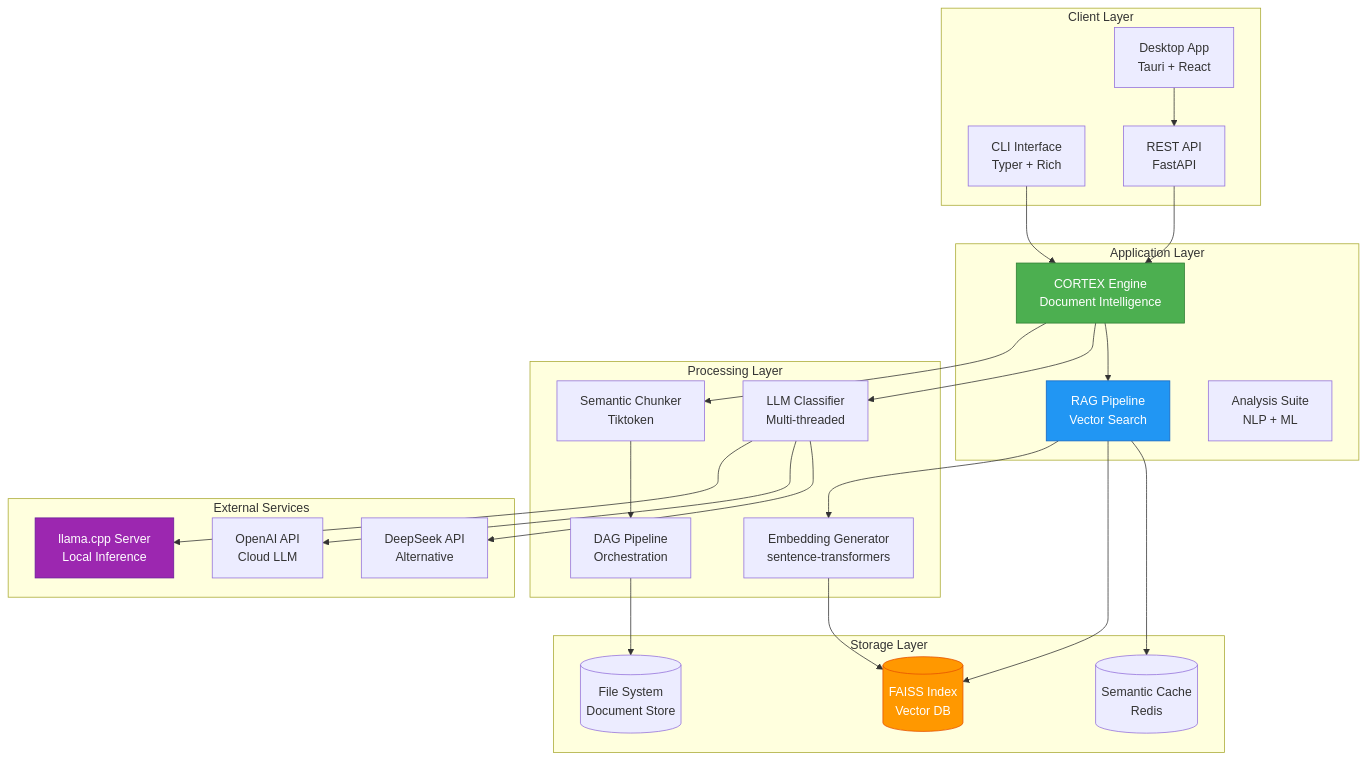
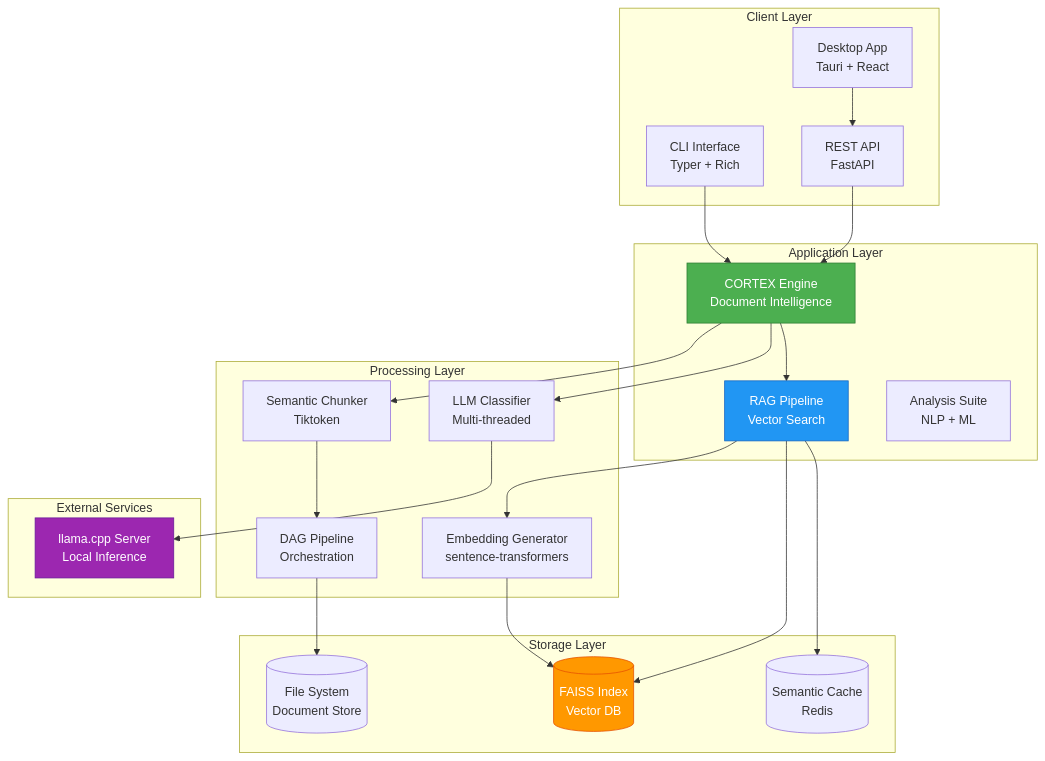
One commit to VoidNxSEC/phantom changed the first of 4 diagrams in README.md. Above: the diagram before and after it, drawn with Mermaid. The commit also changed other lines of this file and 23 other files, not shown here.

````diff
--- a/README.md
+++ b/README.md
@@ -107,59 +36,55 @@
 ```mermaid
 graph TB
     subgraph "Client Layer"
         CLI[CLI Interface<br/>Typer + Rich]
         API[REST API<br/>FastAPI]
         GUI[Desktop App<br/>Tauri + React]
     end
 
     subgraph "Application Layer"
         CORTEX[CORTEX Engine<br/>Document Intelligence]
         RAG[RAG Pipeline<br/>Vector Search]
         ANALYSIS[Analysis Suite<br/>NLP + ML]
     end
 
     subgraph "Processing Layer"
         CHUNKER[Semantic Chunker<br/>Tiktoken]
         EMBEDDER[Embedding Generator<br/>sentence-transformers]
         CLASSIFIER[LLM Classifier<br/>Multi-threaded]
         PIPELINE[DAG Pipeline<br/>Orchestration]
     end
 
     subgraph "Storage Layer"
         FAISS[(FAISS Index<br/>Vector DB)]
         CACHE[(Semantic Cache<br/>Redis)]
         FS[(File System<br/>Document Store)]
     end
 
     subgraph "External Services"
         LLAMA[llama.cpp Server<br/>Local Inference]
-        OPENAI[OpenAI API<br/>Cloud LLM]
-        DEEPSEEK[DeepSeek API<br/>Alternative]
     end
 
     CLI --> CORTEX
     API --> CORTEX
     GUI --> API
 
     CORTEX --> CHUNKER
     CORTEX --> CLASSIFIER
     CORTEX --> RAG
 
     RAG --> EMBEDDER
     RAG --> FAISS
 
     CLASSIFIER --> LLAMA
-    CLASSIFIER --> OPENAI
-    CLASSIFIER --> DEEPSEEK
 
     EMBEDDER --> FAISS
     CHUNKER --> PIPELINE
 
     PIPELINE --> FS
     RAG --> CACHE
 
     style CORTEX fill:#4CAF50,stroke:#2E7D32,color:#fff
     style RAG fill:#2196F3,stroke:#1565C0,color:#fff
     style FAISS fill:#FF9800,stroke:#E65100,color:#fff
     style LLAMA fill:#9C27B0,stroke:#6A1B9A,color:#fff
 ```
````
